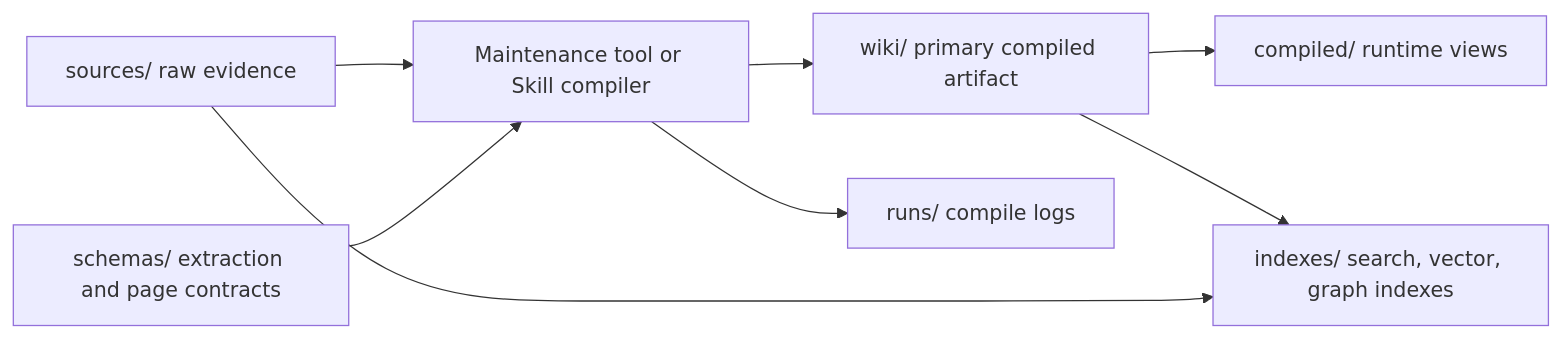
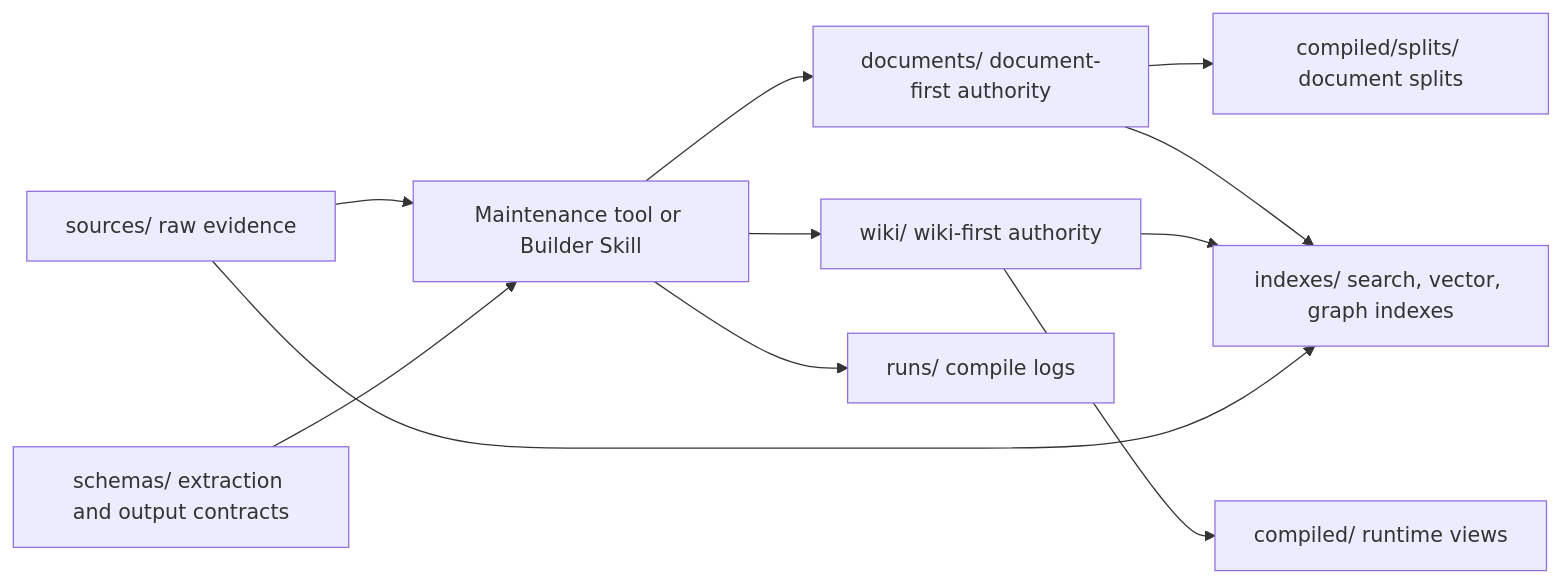
Before and after one commit to limecloud/agentknowledge: the first of 2 diagrams in docs/en/authoring/compilation-model.md, drawn with Mermaid. The commit also changed other lines of this file and 60 other files, not shown here.

````diff
--- a/docs/en/authoring/compilation-model.md
+++ b/docs/en/authoring/compilation-model.md
@@ -14,10 +20,13 @@
 ```mermaid
 flowchart LR
-  Sources["sources/ raw evidence"] --> Compiler["Maintenance tool or Skill compiler"]
-  Schemas["schemas/ extraction and page contracts"] --> Compiler
-  Compiler --> Wiki["wiki/ primary compiled artifact"]
+  Sources["sources/ raw evidence"] --> Compiler["Maintenance tool or Builder Skill"]
+  Schemas["schemas/ extraction and output contracts"] --> Compiler
+  Compiler --> Documents["documents/ document-first authority"]
+  Compiler --> Wiki["wiki/ wiki-first authority"]
+  Documents --> Splits["compiled/splits/ document splits"]
   Wiki --> Compiled["compiled/ runtime views"]
-  Wiki --> Indexes["indexes/ search, vector, graph indexes"]
+  Documents --> Indexes["indexes/ search, vector, graph indexes"]
+  Wiki --> Indexes
   Sources --> Indexes
   Compiler --> Runs["runs/ compile logs"]
 ```
````
